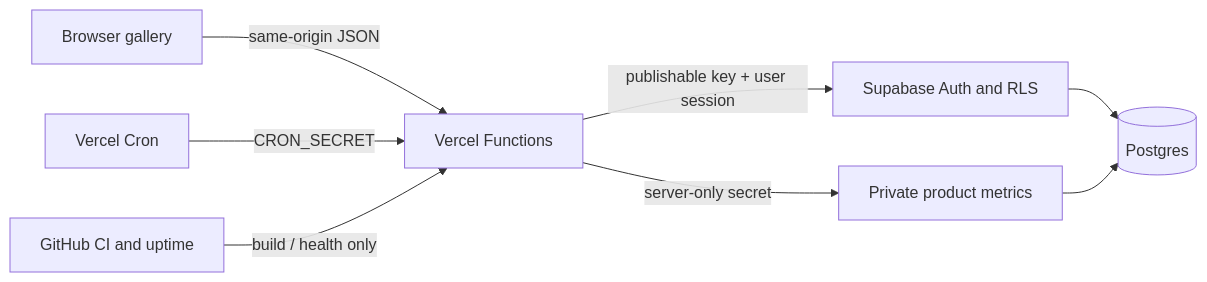
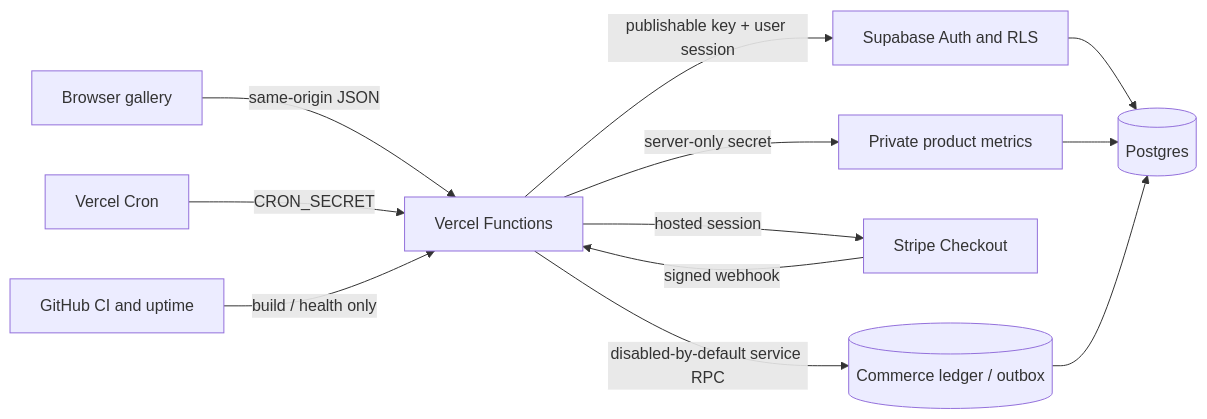
Before and after one commit to Greenpoint-Compute-Cooperative/the-old-school-website: the diagram in docs/ARCHITECTURE.md, drawn with Mermaid. The commit also changed other lines of this file and 36 other files, not shown here.

````diff
--- a/docs/ARCHITECTURE.md
+++ b/docs/ARCHITECTURE.md
@@ -5,10 +5,14 @@
 ```mermaid
 flowchart LR
   B[Browser gallery] -->|same-origin JSON| V[Vercel Functions]
   V -->|publishable key + user session| A[Supabase Auth and RLS]
   V -->|server-only secret| M[Private product metrics]
   A --> D[(Postgres)]
   M --> D
+  V -->|hosted session| S[Stripe Checkout]
+  S -->|signed webhook| V
+  V -->|disabled-by-default service RPC| Q[(Commerce ledger / outbox)]
+  Q --> D
   C[Vercel Cron] -->|CRON_SECRET| V
   G[GitHub CI and uptime] -->|build / health only| V
 ```
````
